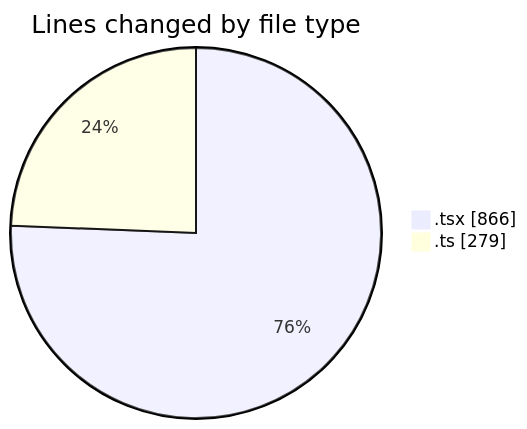
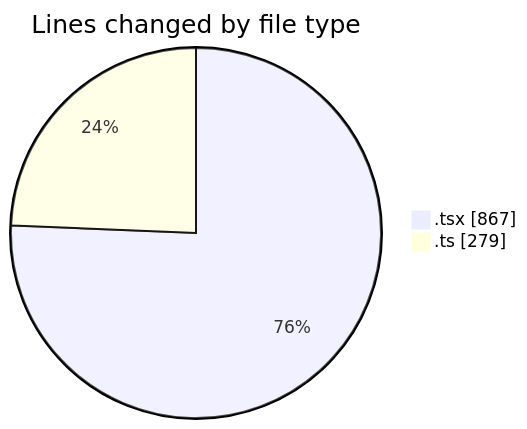
Before and after one commit to nxtqubesakshisongat/code-tracking: the first of 2 diagrams in 2026-04-19/airfeed-analytics-dashboard/README.md, drawn with Mermaid. The commit also changed other lines of this file and 1 other file, not shown here.

````diff
--- a/2026-04-19/airfeed-analytics-dashboard/README.md
+++ b/2026-04-19/airfeed-analytics-dashboard/README.md
@@ -25,6 +25,6 @@
 ```mermaid
 pie showData
 title Lines changed by file type
-".tsx" : 866
+".tsx" : 867
 ".ts" : 279
 ```
````
